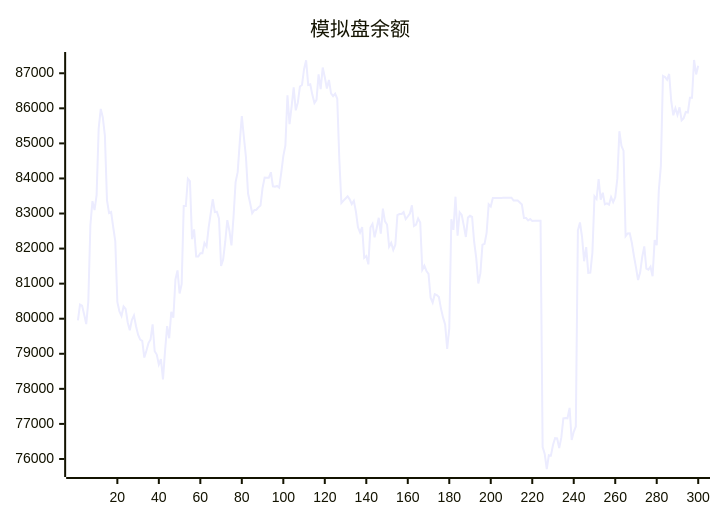
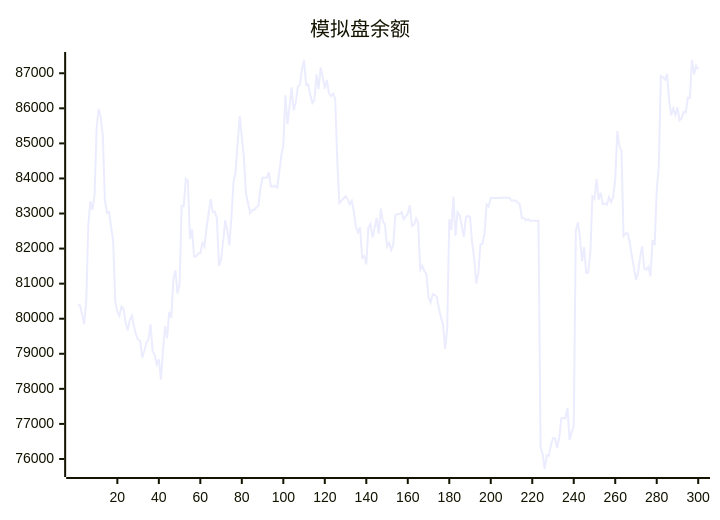
One commit to aahl/ai-trading changed the diagram in README.md. Above: the diagram before and after it, drawn with Mermaid. The commit also changed other lines of this file and 1 other file, not shown here.

````diff
--- a/README.md
+++ b/README.md
@@ -5,5 +5,5 @@
 ```mermaid
 xychart
     title "模拟盘余额"
-    line [79954,80403,80374,80118,79848,80491,82665,83351,83098,83525,85430,85983,85737,85221,83378,83014,83043,82613,82216,80477,80208,80081,80348,80277,79894,79670,79965,80093,79786,79542,79406,79371,78893,79087,79304,79406,79841,79072,78978,78696,78846,78272,79085,79787,79442,80198,80031,81120,81379,80718,80985,83214,83212,83993,83921,82270,82547,81776,81776,81866,81866,82158,82061,82596,83000,83408,83041,83050,82858,81503,81691,82188,82812,82517,82092,82901,83898,84180,85030,85781,85178,84604,83569,83298,83008,83093,83107,83175,83228,83729,84025,84017,84019,84177,83775,83762,83785,83738,84160,84639,84939,86370,85548,86046,86599,85942,86161,86622,86664,87115,87369,86666,86685,86384,86152,86243,86969,86548,87164,86885,86566,86809,86427,86348,86417,86273,84538,83299,83369,83430,83490,83404,83270,83362,83056,82605,82459,82614,81734,81788,81551,82598,82702,82320,82580,82878,82426,83139,82778,82686,82056,82166,81963,82110,82951,82983,82984,83038,82838,82915,82998,83235,82642,82682,82858,82746,81396,81512,81362,81277,80600,80461,80699,80673,80616,80288,80038,79836,79142,79722,82837,82533,83480,82366,83032,82960,82654,82330,82883,82934,82901,82188,81728,81005,81298,82110,82135,82449,83264,83203,83440,83439,83440,83440,83446,83447,83448,83447,83448,83449,83369,83369,83369,83313,83256,82872,82873,82801,82844,82785,82791,82791,82793,82794,76339,76145,75714,76110,76096,76397,76594,76585,76310,76607,77160,77170,77160,77456,76541,76774,76927,82520,82744,82337,81639,82040,81307,81314,81887,83490,83414,83984,83396,83594,83261,83287,83253,83470,83327,83465,83987,85348,84930,84786,82355,82433,82438,82167,81795,81466,81105,81315,81756,82064,81426,81398,81481,81210,82242,82099,83658,84359,86925,86892,86814,86980,86203,85802,86003,85811,86028,85657,85721,85896,85880,86300,86299,87378,86965,87214]
+    line [80403,80374,80118,79848,80491,82665,83351,83098,83525,85430,85983,85737,85221,83378,83014,83043,82613,82216,80477,80208,80081,80348,80277,79894,79670,79965,80093,79786,79542,79406,79371,78893,79087,79304,79406,79841,79072,78978,78696,78846,78272,79085,79787,79442,80198,80031,81120,81379,80718,80985,83214,83212,83993,83921,82270,82547,81776,81776,81866,81866,82158,82061,82596,83000,83408,83041,83050,82858,81503,81691,82188,82812,82517,82092,82901,83898,84180,85030,85781,85178,84604,83569,83298,83008,83093,83107,83175,83228,83729,84025,84017,84019,84177,83775,83762,83785,83738,84160,84639,84939,86370,85548,86046,86599,85942,86161,86622,86664,87115,87369,86666,86685,86384,86152,86243,86969,86548,87164,86885,86566,86809,86427,86348,86417,86273,84538,83299,83369,83430,83490,83404,83270,83362,83056,82605,82459,82614,81734,81788,81551,82598,82702,82320,82580,82878,82426,83139,82778,82686,82056,82166,81963,82110,82951,82983,82984,83038,82838,82915,82998,83235,82642,82682,82858,82746,81396,81512,81362,81277,80600,80461,80699,80673,80616,80288,80038,79836,79142,79722,82837,82533,83480,82366,83032,82960,82654,82330,82883,82934,82901,82188,81728,81005,81298,82110,82135,82449,83264,83203,83440,83439,83440,83440,83446,83447,83448,83447,83448,83449,83369,83369,83369,83313,83256,82872,82873,82801,82844,82785,82791,82791,82793,82794,76339,76145,75714,76110,76096,76397,76594,76585,76310,76607,77160,77170,77160,77456,76541,76774,76927,82520,82744,82337,81639,82040,81307,81314,81887,83490,83414,83984,83396,83594,83261,83287,83253,83470,83327,83465,83987,85348,84930,84786,82355,82433,82438,82167,81795,81466,81105,81315,81756,82064,81426,81398,81481,81210,82242,82099,83658,84359,86925,86892,86814,86980,86203,85802,86003,85811,86028,85657,85721,85896,85880,86300,86299,87378,86965,87214,87115]
 ```
````
